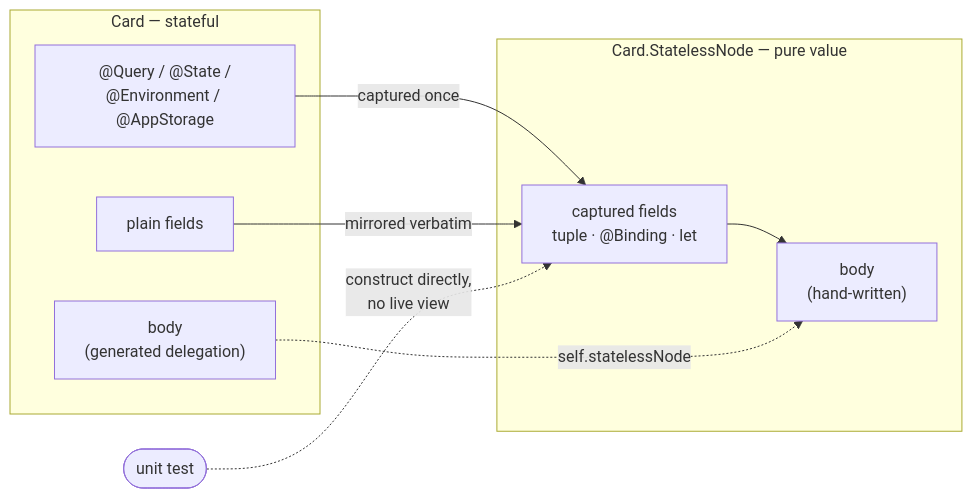
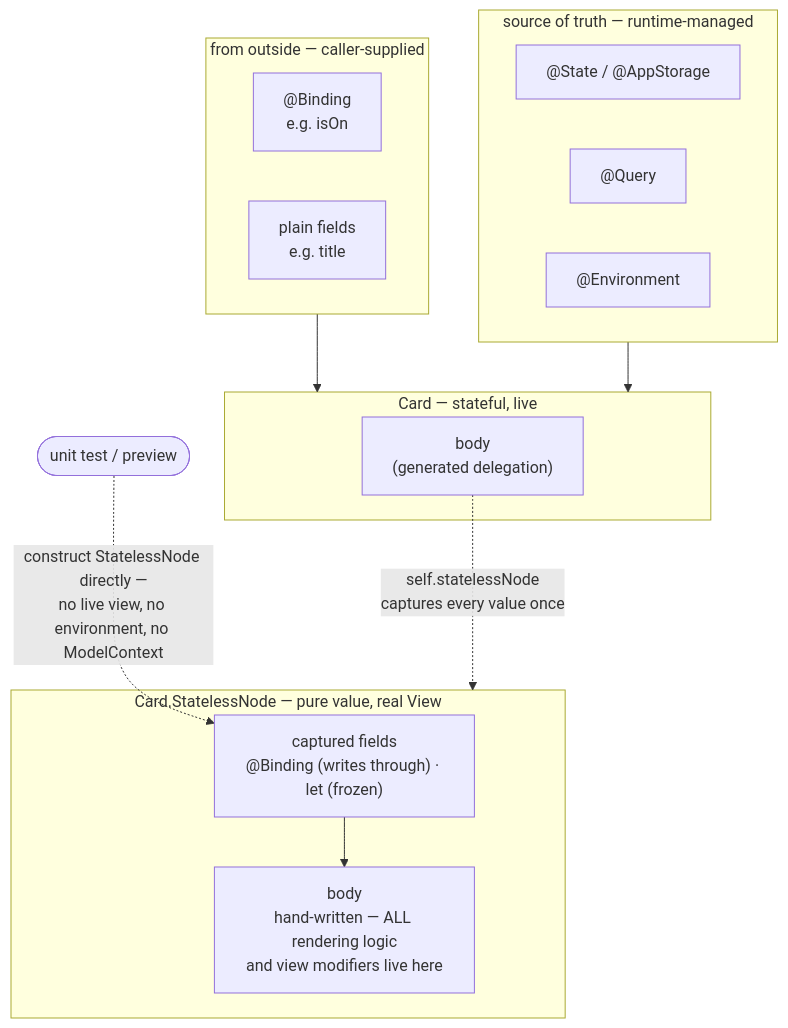
One commit to sisoje/swift-core-flow changed the third of 3 diagrams in README.md. Above: the diagram before and after it, drawn with Mermaid. The commit also changed other lines of this file, not shown here.

````diff
--- a/README.md
+++ b/README.md
@@ -665,17 +673,29 @@
 ```mermaid
-flowchart LR
-    subgraph Card["Card — stateful"]
-        SOT["@Query / @State /<br/>@Environment / @AppStorage"]
-        Plain["plain fields"]
+flowchart TD
+    subgraph Outside["from outside — caller-supplied"]
+        Bind["@Binding<br/>e.g. isOn"]
+        Plain["plain fields<br/>e.g. title"]
+    end
+
+    subgraph SOT["source of truth — runtime-managed"]
+        State["@State / @AppStorage"]
+        Query["@Query"]
+        Env["@Environment"]
+    end
+
+    Outside --> Card
+    SOT --> Card
+
+    subgraph Card["Card — stateful, live"]
         CardBody["body<br/>(generated delegation)"]
     end
-    subgraph SN["Card.StatelessNode — pure value"]
-        Fields["captured fields<br/>tuple · @Binding · let"]
-        SNBody["body<br/>(hand-written)"]
+
+    subgraph SN["Card.StatelessNode — pure value, real View"]
+        Fields["captured fields<br/>@Binding (writes through) · let (frozen)"]
+        SNBody["body<br/>hand-written — ALL rendering logic<br/>and view modifiers live here"]
+        Fields --> SNBody
     end
-    SOT -- "captured once" --> Fields
-    Plain -- "mirrored verbatim" --> Fields
-    Fields --> SNBody
-    CardBody -. "self.statelessNode" .-> SNBody
-    Test(["unit test"]) -. "construct directly,<br/>no live view" .-> Fields
+
+    CardBody -. "self.statelessNode<br/>captures every value once" .-> SN
+    Test(["unit test / preview"]) -. "construct StatelessNode directly —<br/>no live view, no environment, no ModelContext" .-> Fields
 ```
````
